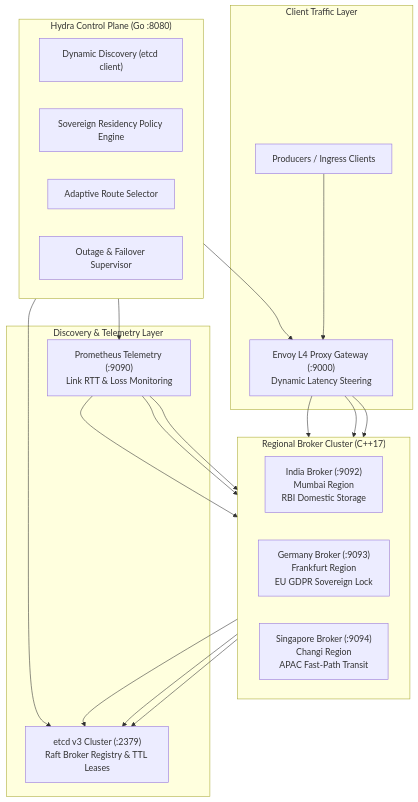
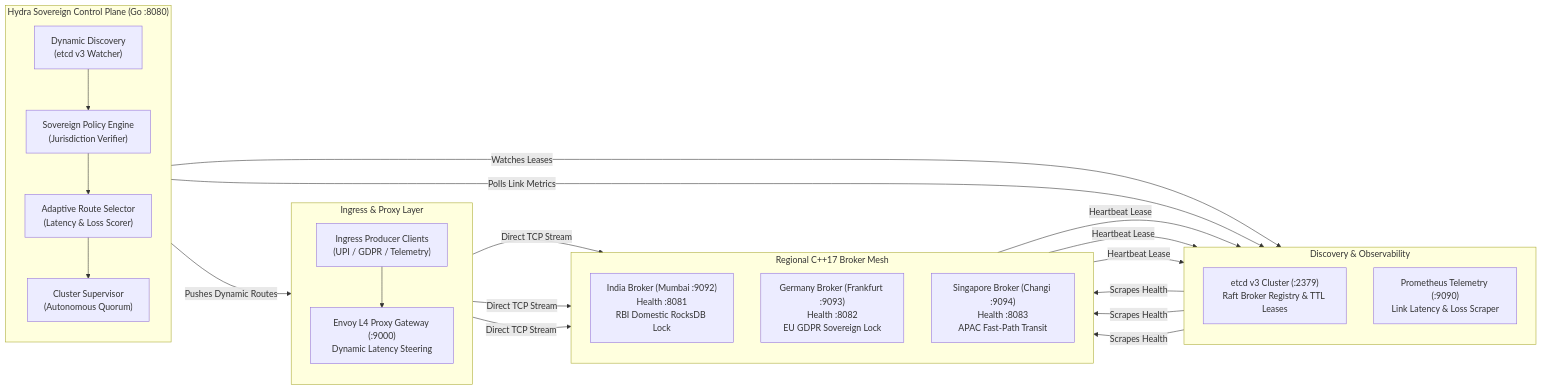
The diagram in README.md (ansh0014/Hydra-Stream), drawn with Mermaid before and after one commit. The commit also changed other lines of this file, not shown here.

Commit message:
docs: expand README with LR Mermaid architecture, wire protocol spec, and comprehensive deployment reference

````diff
--- a/README.md
+++ b/README.md
@@ -26,43 +28,47 @@
 ```mermaid
-flowchart TD
-    subgraph Ingress["Client Traffic Layer"]
-        PROD["Producers / Ingress Clients"]
+flowchart LR
+    subgraph Clients["Ingress & Proxy Layer"]
+        direction TB
+        PROD["Ingress Producer Clients<br/>(UPI / GDPR / Telemetry)"]
         ENVOY["Envoy L4 Proxy Gateway (:9000)<br/>Dynamic Latency Steering"]
+        PROD --> ENVOY
     end
 
-    subgraph ControlPlane["Hydra Control Plane (Go :8080)"]
-        DISC["Dynamic Discovery (etcd client)"]
-        POLICY["Sovereign Residency Policy Engine"]
-        ROUTER["Adaptive Route Selector"]
-        SUPERVISOR["Outage & Failover Supervisor"]
+    subgraph ControlPlane["Hydra Sovereign Control Plane (Go :8080)"]
+        direction TB
+        DISC["Dynamic Discovery<br/>(etcd v3 Watcher)"]
+        POLICY["Sovereign Policy Engine<br/>(Jurisdiction Verifier)"]
+        ROUTER["Adaptive Route Selector<br/>(Latency & Loss Scorer)"]
+        SUPERVISOR["Cluster Supervisor<br/>(Autonomous Quorum)"]
+        DISC --> POLICY --> ROUTER --> SUPERVISOR
     end
 
-    subgraph StateTelemetry["Discovery & Telemetry Layer"]
+    subgraph StateTelemetry["Discovery & Observability"]
+        direction TB
         ETCD["etcd v3 Cluster (:2379)<br/>Raft Broker Registry & TTL Leases"]
-        PROM["Prometheus Telemetry (:9090)<br/>Link RTT & Loss Monitoring"]
+        PROM["Prometheus Telemetry (:9090)<br/>Link Latency & Loss Scraper"]
     end
 
-    subgraph Brokers["Regional Broker Cluster (C++17)"]
-        direction LR
-        B_IN["India Broker (:9092)<br/>Mumbai Region<br/>RBI Domestic Storage"]
-        B_DE["Germany Broker (:9093)<br/>Frankfurt Region<br/>EU GDPR Sovereign Lock"]
-        B_SG["Singapore Broker (:9094)<br/>Changi Region<br/>APAC Fast-Path Transit"]
+    subgraph RegionalBrokers["Regional C++17 Broker Mesh"]
+        direction TB
+        B_IN["India Broker (Mumbai :9092)<br/>Health :8081<br/>RBI Domestic RocksDB Lock"]
+        B_DE["Germany Broker (Frankfurt :9093)<br/>Health :8082<br/>EU GDPR Sovereign Lock"]
+        B_SG["Singapore Broker (Changi :9094)<br/>Health :8083<br/>APAC Fast-Path Transit"]
     end
 
-    PROD --> ENVOY
-    ENVOY --> B_IN
-    ENVOY --> B_DE
-    ENVOY --> B_SG
+    ENVOY -->|Direct TCP Stream| B_IN
+    ENVOY -->|Direct TCP Stream| B_DE
+    ENVOY -->|Direct TCP Stream| B_SG
 
-    ControlPlane --> ETCD
-    ControlPlane --> PROM
-    ControlPlane --> ENVOY
+    ControlPlane -->|Watches Leases| ETCD
+    ControlPlane -->|Polls Link Metrics| PROM
+    ControlPlane -->|Pushes Dynamic Routes| ENVOY
 
-    B_IN --> ETCD
-    B_DE --> ETCD
-    B_SG --> ETCD
+    B_IN -->|Heartbeat Lease| ETCD
+    B_DE -->|Heartbeat Lease| ETCD
+    B_SG -->|Heartbeat Lease| ETCD
 
-    PROM --> B_IN
-    PROM --> B_DE
-    PROM --> B_SG
+    PROM -->|Scrapes Health| B_IN
+    PROM -->|Scrapes Health| B_DE
+    PROM -->|Scrapes Health| B_SG
 ```
````
